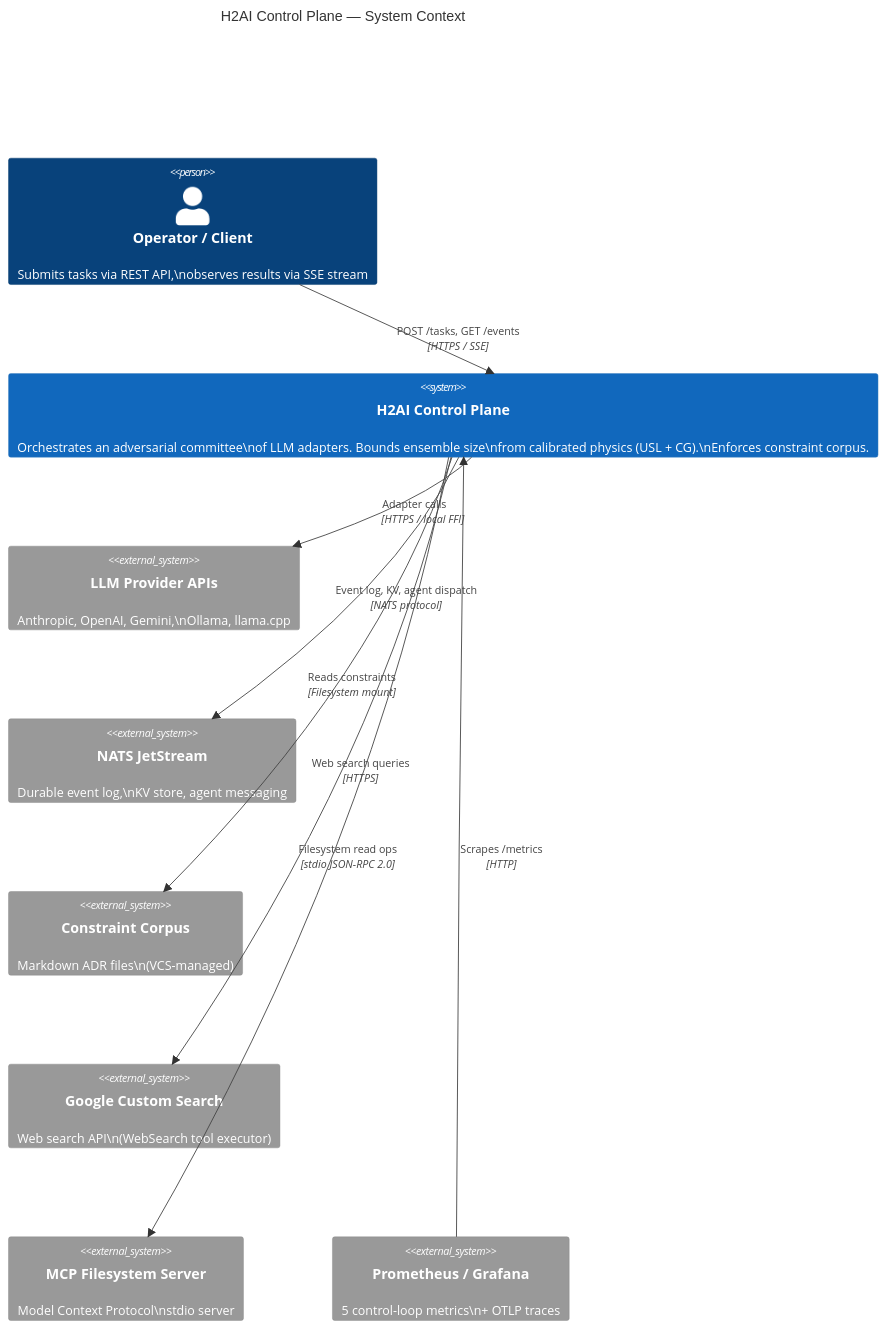
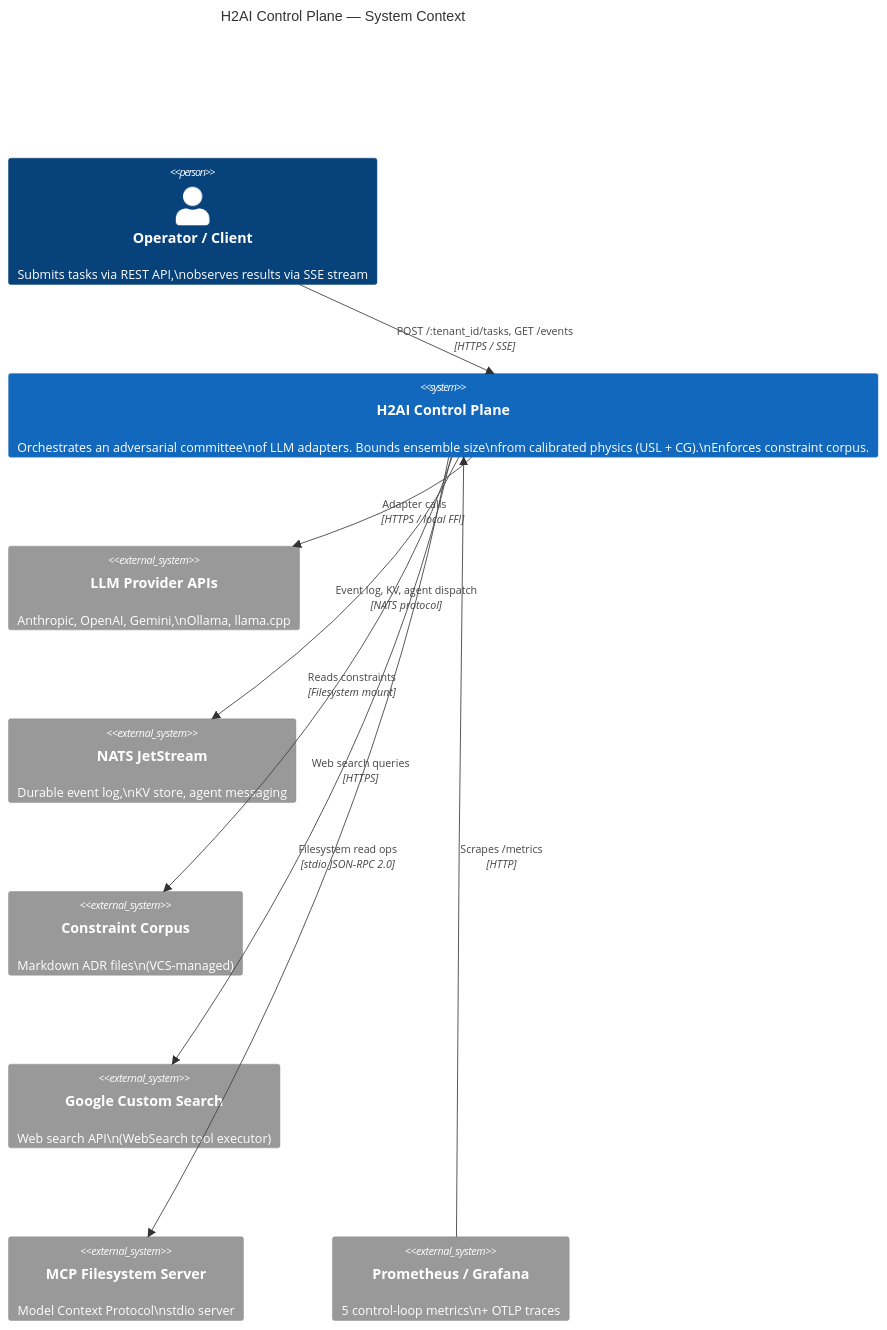
The first of 19 diagrams in docs/architecture/architecture.md (immediatus/h2ai-control-plane), drawn with Mermaid before and after one commit. The commit also changed other lines of this file and 120 other files, not shown here.

````diff
--- a/docs/architecture/architecture.md
+++ b/docs/architecture/architecture.md
@@ -39,23 +39,23 @@
 ```mermaid
 C4Context
     title H2AI Control Plane — System Context
 
     Person(operator, "Operator / Client", "Submits tasks via REST API,\nobserves results via SSE stream")
 
     System(h2ai, "H2AI Control Plane", "Orchestrates an adversarial committee\nof LLM adapters. Bounds ensemble size\nfrom calibrated physics (USL + CG).\nEnforces constraint corpus.")
 
     System_Ext(llm_apis, "LLM Provider APIs", "Anthropic, OpenAI, Gemini,\nOllama, llama.cpp")
     System_Ext(nats, "NATS JetStream", "Durable event log,\nKV store, agent messaging")
     System_Ext(corpus, "Constraint Corpus", "Markdown ADR files\n(VCS-managed)")
     System_Ext(search, "Google Custom Search", "Web search API\n(WebSearch tool executor)")
     System_Ext(mcp, "MCP Filesystem Server", "Model Context Protocol\nstdio server")
     System_Ext(prom, "Prometheus / Grafana", "5 control-loop metrics\n+ OTLP traces")
 
-    Rel(operator, h2ai, "POST /tasks, GET /events", "HTTPS / SSE")
+    Rel(operator, h2ai, "POST /:tenant_id/tasks, GET /events", "HTTPS / SSE")
     Rel(h2ai, llm_apis, "Adapter calls", "HTTPS / local FFI")
     Rel(h2ai, nats, "Event log, KV, agent dispatch", "NATS protocol")
     Rel(h2ai, corpus, "Reads constraints", "Filesystem mount")
     Rel(h2ai, search, "Web search queries", "HTTPS")
     Rel(h2ai, mcp, "Filesystem read ops", "stdio JSON-RPC 2.0")
     Rel(prom, h2ai, "Scrapes /metrics", "HTTP")
 ```
````
